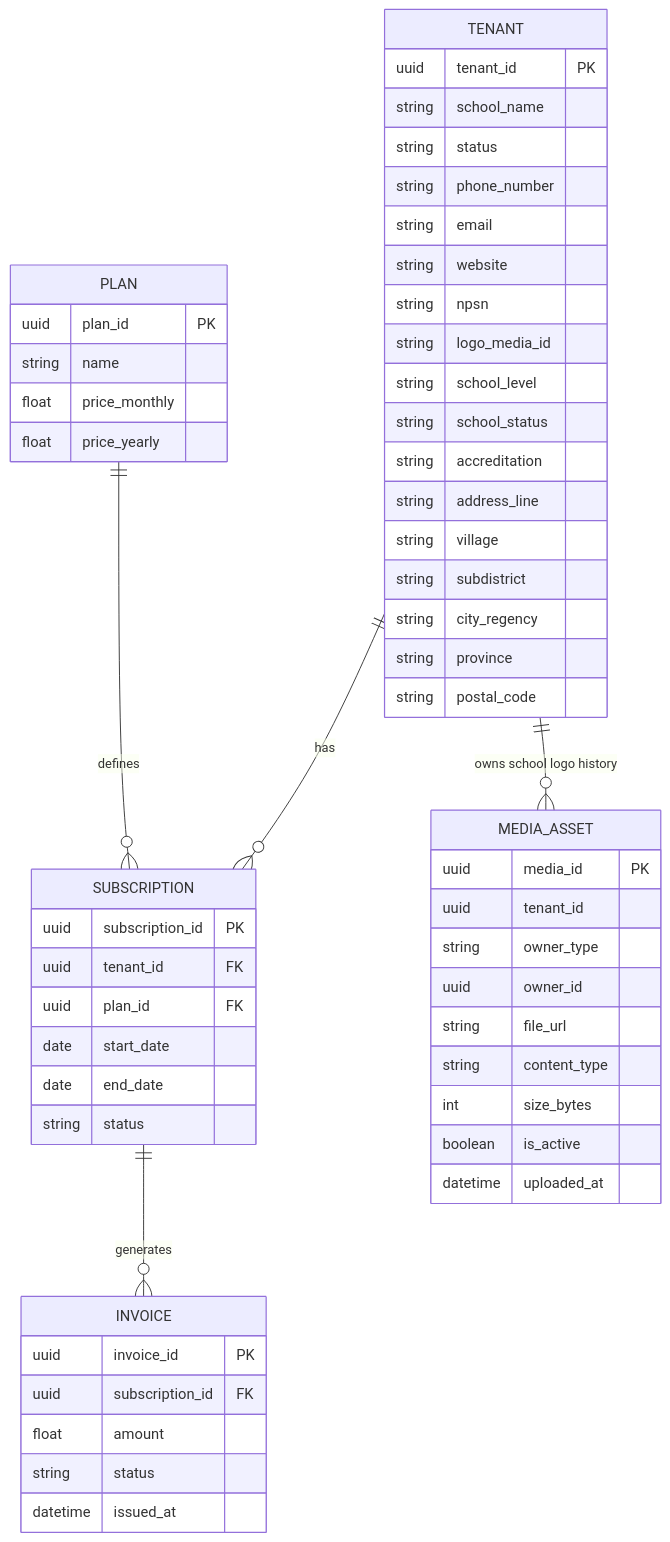
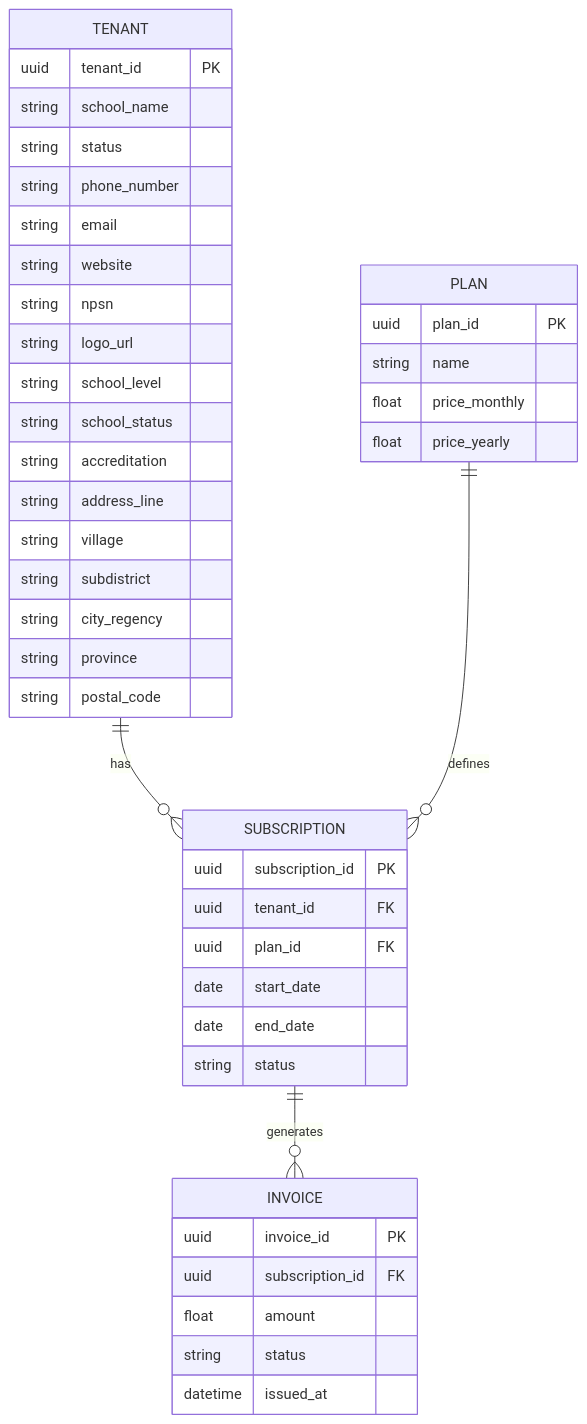
The diagram in docs/internal/10_data_design/02_Billing_Service_ERD.md (protocyber/akademiq), drawn with Mermaid before and after one commit. The commit also changed other lines of this file and 26 other files, not shown here.

````diff
--- a/docs/internal/10_data_design/02_Billing_Service_ERD.md
+++ b/docs/internal/10_data_design/02_Billing_Service_ERD.md
@@ -3,63 +3,50 @@
 ```mermaid
 erDiagram
 TENANT {
   uuid tenant_id PK
   string school_name
   string status
   string phone_number
   string email
   string website
   string npsn
-  string logo_media_id
+  string logo_url
   string school_level
   string school_status
   string accreditation
   string address_line
   string village
   string subdistrict
   string city_regency
   string province
   string postal_code
 }
 
 PLAN {
   uuid plan_id PK
   string name
   float price_monthly
   float price_yearly
 }
 
 SUBSCRIPTION {
   uuid subscription_id PK
   uuid tenant_id FK
   uuid plan_id FK
   date start_date
   date end_date
   string status
 }
 
 INVOICE {
   uuid invoice_id PK
   uuid subscription_id FK
   float amount
   string status
   datetime issued_at
 }
 
-MEDIA_ASSET {
-  uuid media_id PK
-  uuid tenant_id
-  string owner_type
-  uuid owner_id
-  string file_url
-  string content_type
-  int size_bytes
-  boolean is_active
-  datetime uploaded_at
-}
-
 TENANT ||--o{ SUBSCRIPTION : has
 PLAN ||--o{ SUBSCRIPTION : defines
 SUBSCRIPTION ||--o{ INVOICE : generates
-TENANT ||--o{ MEDIA_ASSET : "owns school logo history"
 ```
````
